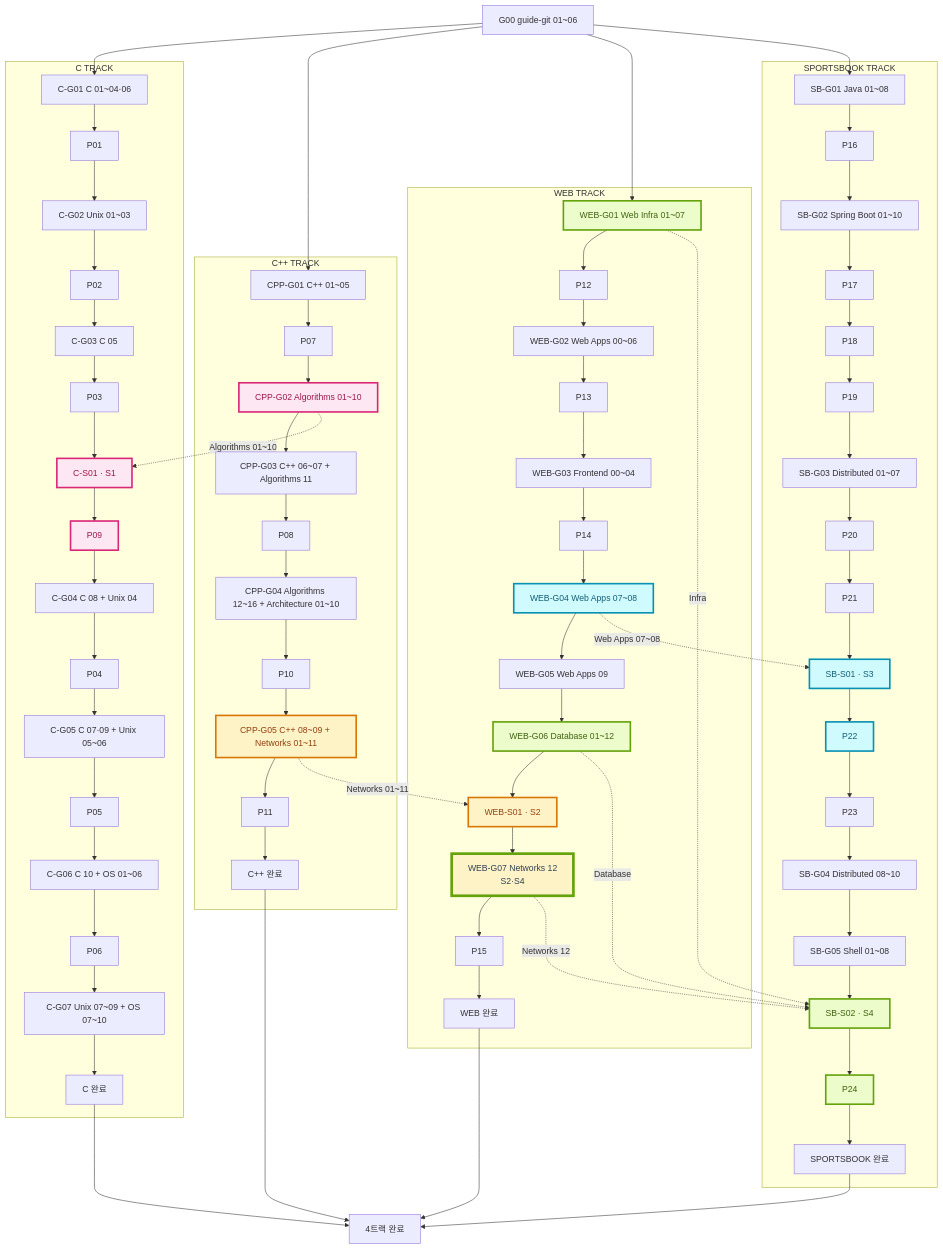
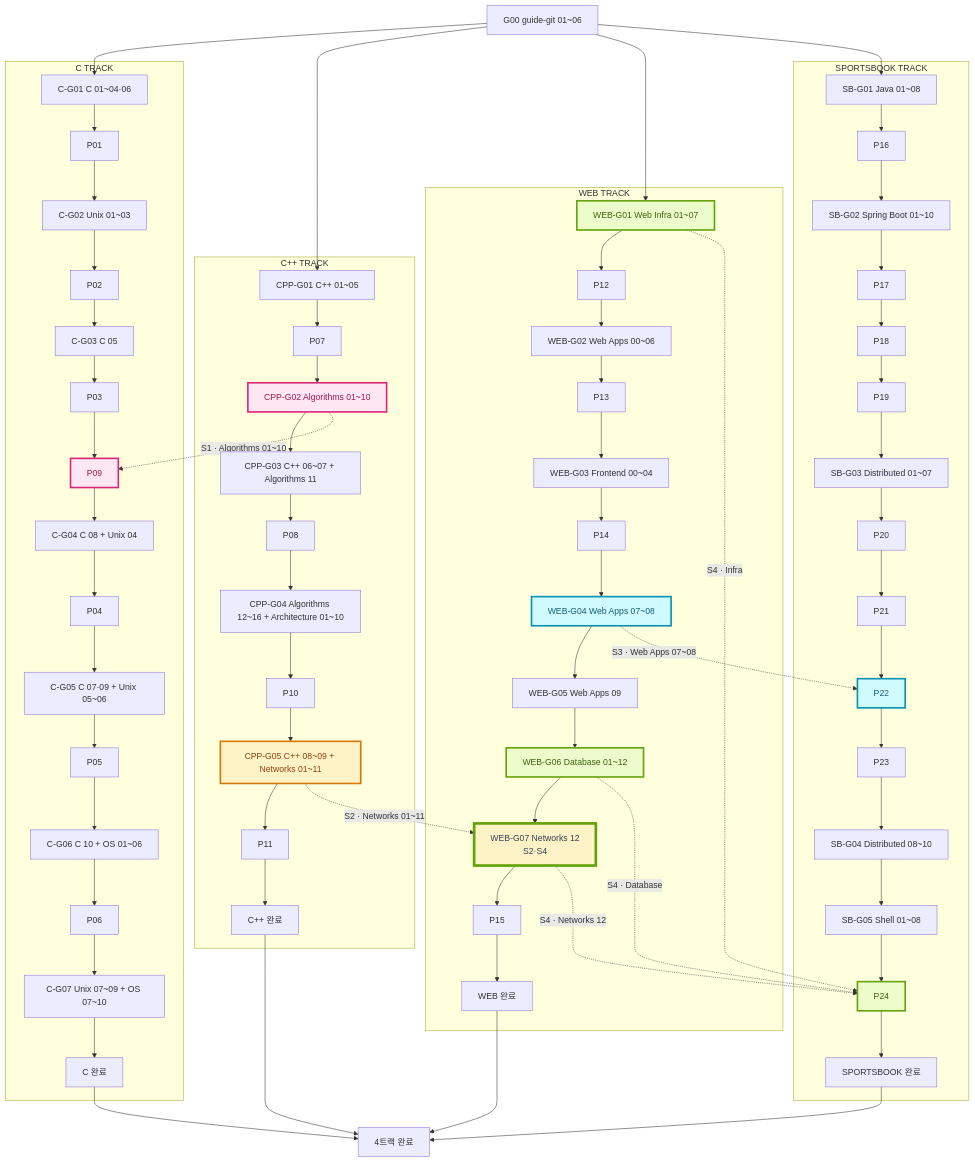
One commit to woopinbell/engineering-path-review changed the diagram in assets/path/parallel-guide-packets.mmd. Above: the diagram before and after it, drawn with Mermaid. The commit also changed 14 other files, not shown here.

```diff
--- a/assets/path/parallel-guide-packets.mmd
+++ b/assets/path/parallel-guide-packets.mmd
@@ -1,54 +1,54 @@
 flowchart TB
   G00["G00 guide-git 01~06"]
 
   subgraph C["C TRACK"]
     C1["C-G01 C 01~04·06"] --> P01["P01"] --> C2["C-G02 Unix 01~03"] --> P02["P02"]
-    P02 --> C3["C-G03 C 05"] --> P03["P03"] --> CS1["C-S01 · S1"] --> P09["P09"]
+    P02 --> C3["C-G03 C 05"] --> P03["P03"] --> P09["P09"]
     P09 --> C4["C-G04 C 08 + Unix 04"] --> P04["P04"] --> C5["C-G05 C 07·09 + Unix 05~06"] --> P05["P05"]
     P05 --> C6["C-G06 C 10 + OS 01~06"] --> P06["P06"] --> C7["C-G07 Unix 07~09 + OS 07~10"] --> CD["C 완료"]
   end
 
   subgraph CPP["C++ TRACK"]
     X1["CPP-G01 C++ 01~05"] --> P07["P07"] --> X2["CPP-G02 Algorithms 01~10"] --> X3["CPP-G03 C++ 06~07 + Algorithms 11"] --> P08["P08"]
     P08 --> X4["CPP-G04 Algorithms 12~16 + Architecture 01~10"] --> P10["P10"]
     P10 --> X5["CPP-G05 C++ 08~09 + Networks 01~11"] --> P11["P11"] --> XD["C++ 완료"]
   end
 
   subgraph WEB["WEB TRACK"]
     W1["WEB-G01 Web Infra 01~07"] --> P12["P12"] --> W2["WEB-G02 Web Apps 00~06"] --> P13["P13"]
     P13 --> W3["WEB-G03 Frontend 00~04"] --> P14["P14"] --> W4["WEB-G04 Web Apps 07~08"]
-    W4 --> W5["WEB-G05 Web Apps 09"] --> W6["WEB-G06 Database 01~12"] --> WS1["WEB-S01 · S2"] --> W7["WEB-G07 Networks 12<br/>S2·S4"] --> P15["P15"] --> WD["WEB 완료"]
+    W4 --> W5["WEB-G05 Web Apps 09"] --> W6["WEB-G06 Database 01~12"] --> W7["WEB-G07 Networks 12<br/>S2·S4"] --> P15["P15"] --> WD["WEB 완료"]
   end
 
   subgraph SB["SPORTSBOOK TRACK"]
     S1["SB-G01 Java 01~08"] --> P16["P16"] --> S2["SB-G02 Spring Boot 01~10"] --> P17["P17"] --> P18["P18"] --> P19["P19"]
-    P19 --> S3["SB-G03 Distributed 01~07"] --> P20["P20"] --> P21["P21"] --> SS1["SB-S01 · S3"]
-    SS1 --> P22["P22"] --> P23["P23"] --> S4["SB-G04 Distributed 08~10"] --> S5["SB-G05 Shell 01~08"] --> SS2["SB-S02 · S4"] --> P24["P24"] --> SD["SPORTSBOOK 완료"]
+    P19 --> S3["SB-G03 Distributed 01~07"] --> P20["P20"] --> P21["P21"] --> P22["P22"] --> P23["P23"]
+    P23 --> S4["SB-G04 Distributed 08~10"] --> S5["SB-G05 Shell 01~08"] --> P24["P24"] --> SD["SPORTSBOOK 완료"]
   end
 
   G00 --> C1
   G00 --> X1
   G00 --> W1
   G00 --> S1
-  X2 -. "Algorithms 01~10" .-> CS1
-  X5 -. "Networks 01~11" .-> WS1
-  W4 -. "Web Apps 07~08" .-> SS1
-  W1 -. "Infra" .-> SS2
-  W6 -. "Database" .-> SS2
-  W7 -. "Networks 12" .-> SS2
+  X2 -. "S1 · Algorithms 01~10" .-> P09
+  X5 -. "S2 · Networks 01~11" .-> W7
+  W4 -. "S3 · Web Apps 07~08" .-> P22
+  W1 -. "S4 · Infra" .-> P24
+  W6 -. "S4 · Database" .-> P24
+  W7 -. "S4 · Networks 12" .-> P24
 
   CD --> DONE["4트랙 완료"]
   XD --> DONE
   WD --> DONE
   SD --> DONE
 
   classDef sync1 fill:#fce7f3,stroke:#db2777,color:#9d174d,stroke-width:3px;
   classDef sync2 fill:#fef3c7,stroke:#d97706,color:#92400e,stroke-width:3px;
   classDef sync3 fill:#cffafe,stroke:#0891b2,color:#155e75,stroke-width:3px;
   classDef sync4 fill:#ecfccb,stroke:#65a30d,color:#3f6212,stroke-width:3px;
   classDef sync24 fill:#fef3c7,stroke:#65a30d,color:#334155,stroke-width:5px;
-  class X2,CS1,P09 sync1;
-  class X5,WS1 sync2;
-  class W4,SS1,P22 sync3;
-  class W1,W6,SS2,P24 sync4;
+  class X2,P09 sync1;
+  class X5 sync2;
+  class W4,P22 sync3;
+  class W1,W6,P24 sync4;
   class W7 sync24;
```
